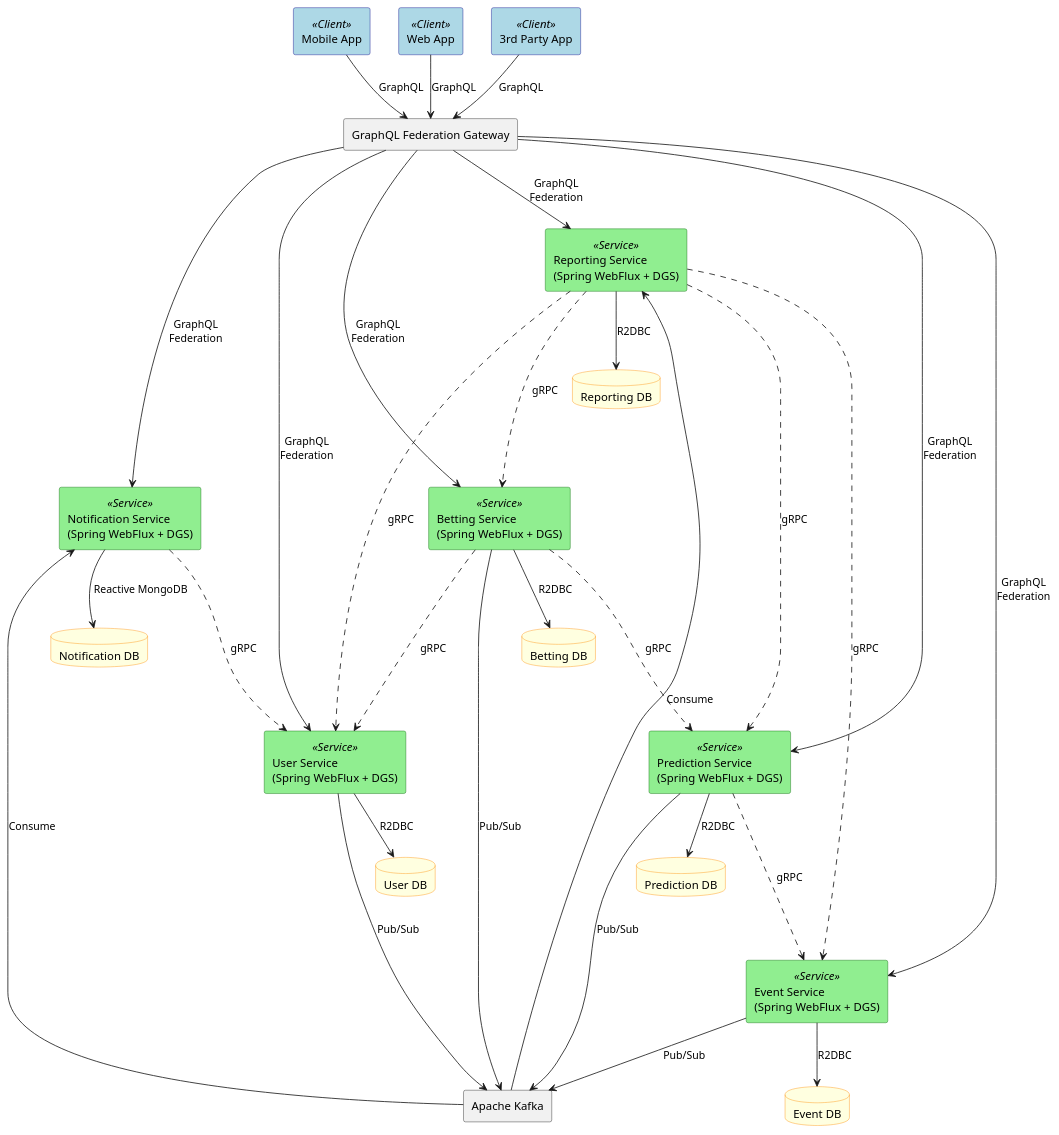
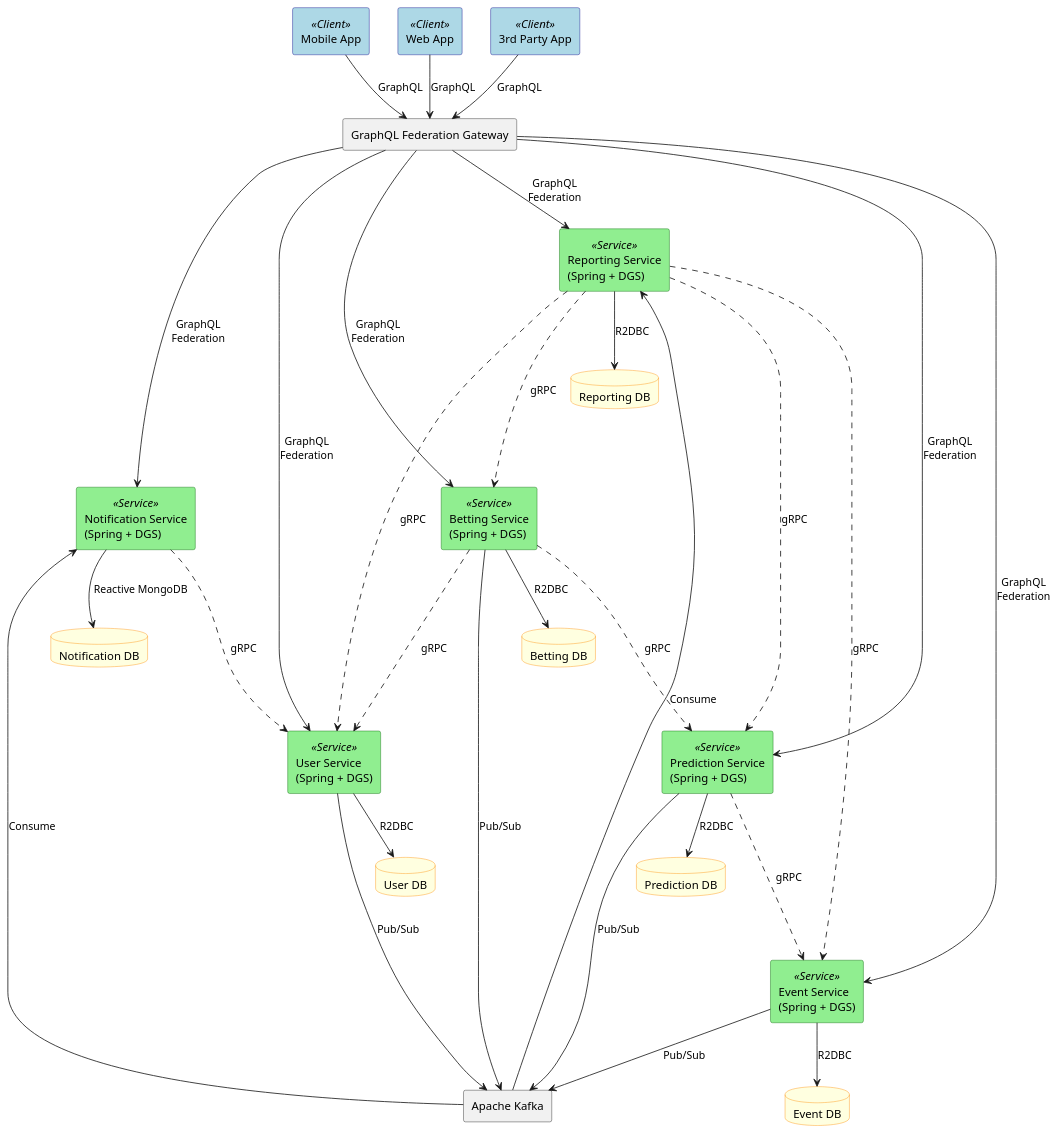
Before and after one commit to mullarkey-peter/milliondollarpicks: the diagram in Diagrams/MicroserviceArchitecture.puml, drawn with PlantUML. The commit also changed 2 other files, not shown here.

Commit message:
additional diagrams

```diff
--- a/Diagrams/MicroserviceArchitecture.puml
+++ b/Diagrams/MicroserviceArchitecture.puml
@@ -1,88 +1,88 @@
 @startuml
 
 ' Define the diagram layout
 top to bottom direction
 skinparam componentStyle rectangle
 
 ' Define node types
 skinparam rectangle {
   BackgroundColor<<Client>> LightBlue
   BorderColor<<Client>> DarkBlue
 }
 
 skinparam rectangle {
   BackgroundColor<<Service>> LightGreen
   BorderColor<<Service>> DarkGreen
 }
 
 skinparam database {
   BackgroundColor LightYellow
   BorderColor DarkOrange
 }
 
 ' Client Applications
 rectangle "Mobile App" as MobileApp <<Client>>
 rectangle "Web App" as WebApp <<Client>>
 rectangle "3rd Party App" as ThirdPartyApp <<Client>>
 
 ' API Gateway
 rectangle "GraphQL Federation Gateway" as Gateway
 
 ' Internal Services
-rectangle "User Service\n(Spring WebFlux + DGS)" as UserService <<Service>>
-rectangle "Event Service\n(Spring WebFlux + DGS)" as EventService <<Service>>
-rectangle "Prediction Service\n(Spring WebFlux + DGS)" as PredictionService <<Service>>
-rectangle "Betting Service\n(Spring WebFlux + DGS)" as BettingService <<Service>>
-rectangle "Notification Service\n(Spring WebFlux + DGS)" as NotificationService <<Service>>
-rectangle "Reporting Service\n(Spring WebFlux + DGS)" as ReportingService <<Service>>
+rectangle "User Service\n(Spring + DGS)" as UserService <<Service>>
+rectangle "Event Service\n(Spring + DGS)" as EventService <<Service>>
+rectangle "Prediction Service\n(Spring + DGS)" as PredictionService <<Service>>
+rectangle "Betting Service\n(Spring + DGS)" as BettingService <<Service>>
+rectangle "Notification Service\n(Spring + DGS)" as NotificationService <<Service>>
+rectangle "Reporting Service\n(Spring + DGS)" as ReportingService <<Service>>
 
 ' Data Storage
 database "User DB" as UserDB
 database "Event DB" as EventDB
 database "Prediction DB" as PredictionDB
 database "Betting DB" as BettingDB
 database "Notification DB" as NotificationDB
 database "Reporting DB" as ReportingDB
 
 ' Message Broker
 rectangle "Apache Kafka" as Kafka
 
 ' External API connections (GraphQL)
 MobileApp -down-> Gateway : GraphQL
 WebApp -down-> Gateway : GraphQL
 ThirdPartyApp -down-> Gateway : GraphQL
 
 Gateway -down-> UserService : GraphQL\nFederation
 Gateway -down-> EventService : GraphQL\nFederation
 Gateway -down-> PredictionService : GraphQL\nFederation
 Gateway -down-> BettingService : GraphQL\nFederation
 Gateway -down-> NotificationService : GraphQL\nFederation
 Gateway -down-> ReportingService : GraphQL\nFederation
 
 ' Service to DB connections
 UserService -down-> UserDB : R2DBC
 EventService -down-> EventDB : R2DBC
 PredictionService -down-> PredictionDB : R2DBC
 BettingService -down-> BettingDB : R2DBC
 NotificationService -down-> NotificationDB : Reactive MongoDB
 ReportingService -down-> ReportingDB : R2DBC
 
 ' Kafka connections
 UserService -down-> Kafka : Pub/Sub
 EventService -down-> Kafka : Pub/Sub
 PredictionService -down-> Kafka : Pub/Sub
 BettingService -down-> Kafka : Pub/Sub
 Kafka -up-> NotificationService : Consume
 Kafka -up-> ReportingService : Consume
 
 ' gRPC connections (using dashed lines)
 PredictionService ...> EventService : gRPC
 BettingService ...> PredictionService : gRPC
 BettingService ...> UserService : gRPC
 NotificationService ...> UserService : gRPC
 ReportingService ...> UserService : gRPC
 ReportingService ...> EventService : gRPC
 ReportingService ...> PredictionService : gRPC
 ReportingService ...> BettingService : gRPC
 
 @enduml
```
